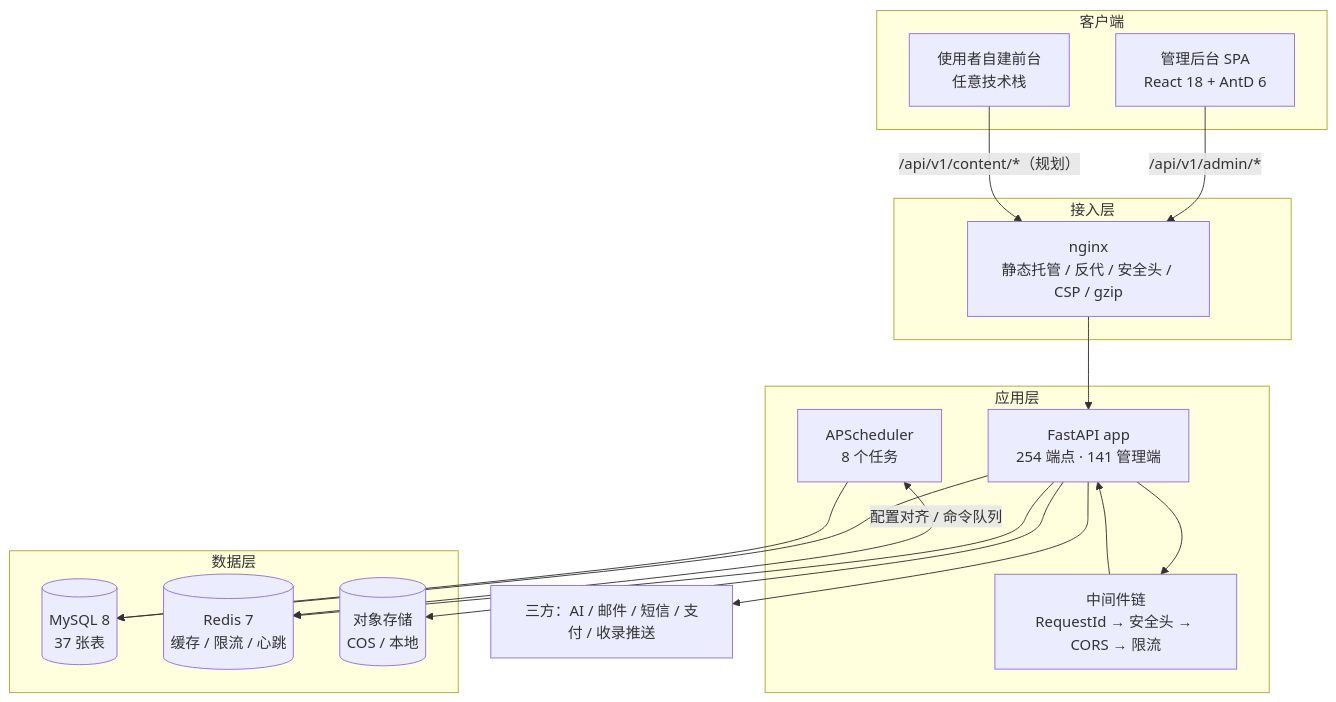
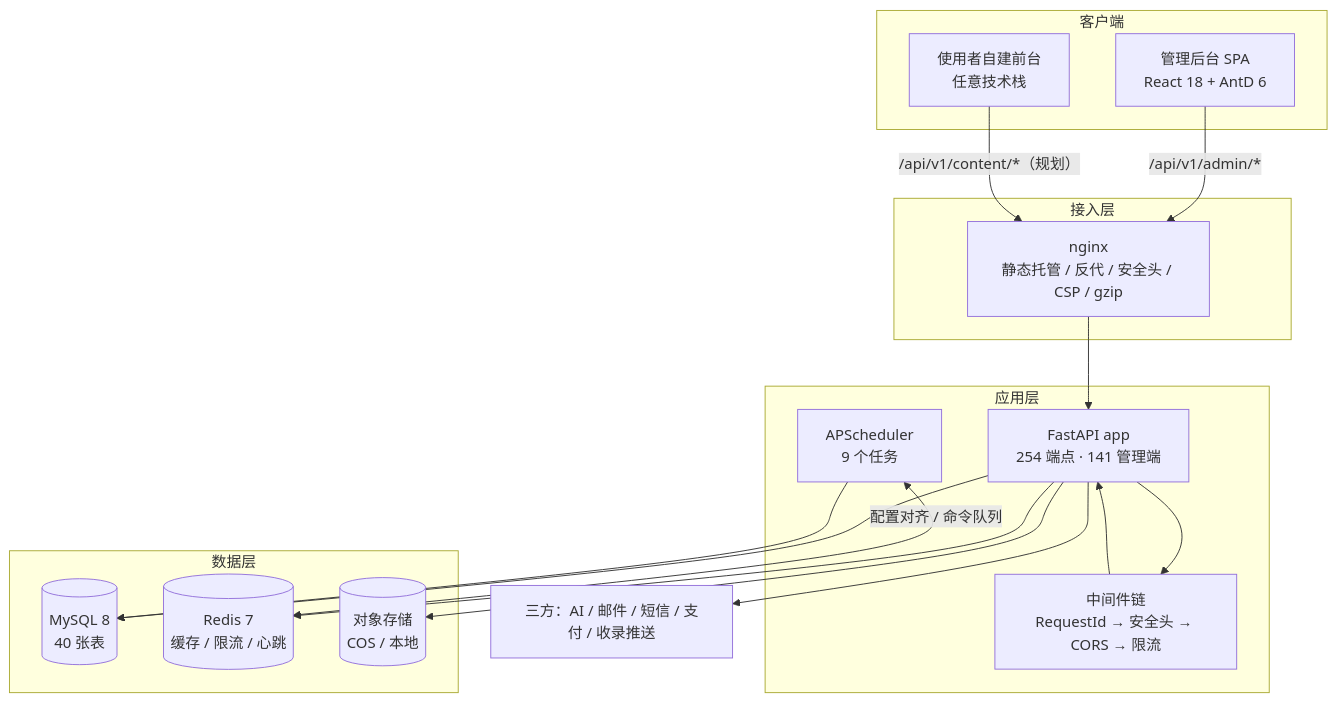
One commit to 15077171396/open-cat changed the first of 6 diagrams in docs/07-开源文档/04-架构文档.md. Above: the diagram before and after it, drawn with Mermaid. The commit also changed other lines of this file and 170 other files, not shown here.

````diff
--- a/docs/07-开源文档/04-架构文档.md
+++ b/docs/07-开源文档/04-架构文档.md
@@ -12,35 +12,35 @@
 ```mermaid
 graph TB
   subgraph 客户端
     A[管理后台 SPA<br/>React 18 + AntD 6]
     B[使用者自建前台<br/>任意技术栈]
   end
 
   subgraph 接入层
     N[nginx<br/>静态托管 / 反代 / 安全头 / CSP / gzip]
   end
 
   subgraph 应用层
     API[FastAPI app<br/>254 端点 · 141 管理端]
     MW[中间件链<br/>RequestId → 安全头 → CORS → 限流]
-    SCH[APScheduler<br/>8 个任务]
+    SCH[APScheduler<br/>9 个任务]
   end
 
   subgraph 数据层
-    DB[(MySQL 8<br/>37 张表)]
+    DB[(MySQL 8<br/>40 张表)]
     RD[(Redis 7<br/>缓存 / 限流 / 心跳)]
     OS[(对象存储<br/>COS / 本地)]
   end
 
   EXT[三方：AI / 邮件 / 短信 / 支付 / 收录推送]
 
   A -->|/api/v1/admin/*| N --> API
   B -->|/api/v1/content/*（规划）| N
   API --> MW --> API
   API --> DB
   API --> RD
   API --> OS
   API --> EXT
   SCH --> DB
   SCH <-->|配置对齐 / 命令队列| RD
 ```
````
